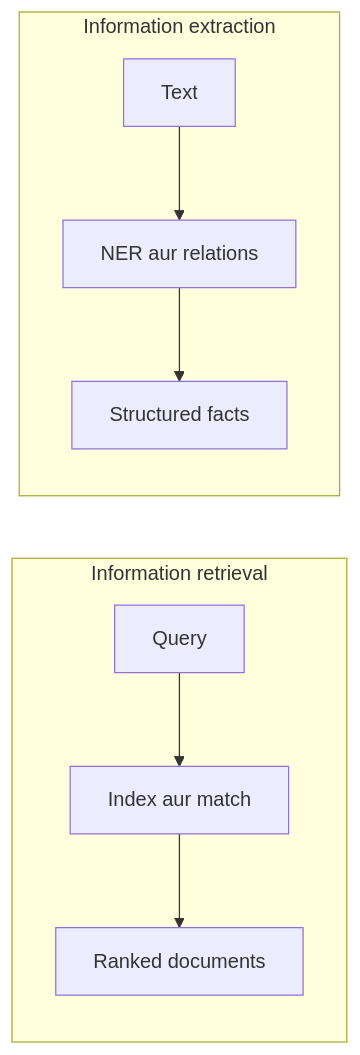
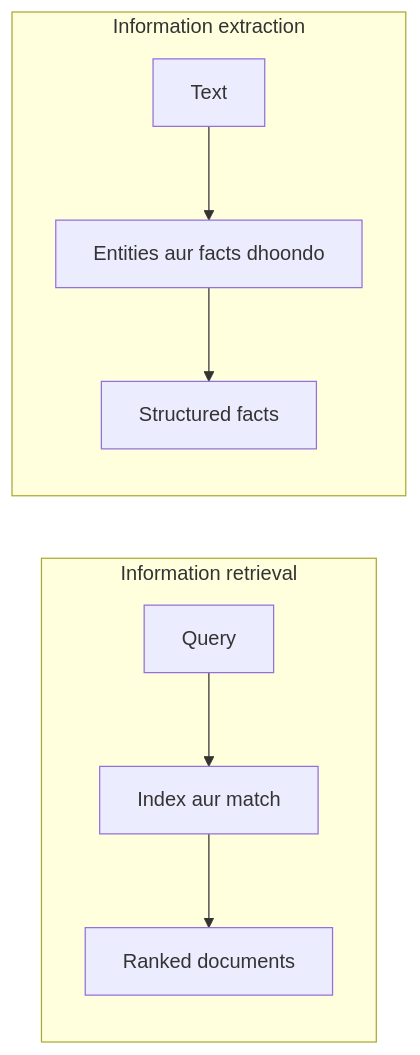
One commit to TrendySloth1001/sem-seven-notes changed the diagram in content/natural-language-processing/pyq/2023-05-ce/q6a.hi.mdx. Above: the diagram before and after it, drawn with Mermaid. The commit also changed other lines of this file and 406 other files, not shown here.

````diff
--- a/content/natural-language-processing/pyq/2023-05-ce/q6a.hi.mdx
+++ b/content/natural-language-processing/pyq/2023-05-ce/q6a.hi.mdx
@@ -11,10 +11,10 @@
 ```mermaid
-%% caption: IR documents return karta hai; IE text se nikaale hue structured facts return karta hai.
+%% caption: IR documents deta hai; IE facts deta hai.
 flowchart LR
-  subgraph IR["Information retrieval"]
-    Q["Query"] --> X["Index aur match"] --> R["Ranked documents"]
+  subgraph R["Information retrieval"]
+    Q["Query"] --> I["Index aur match"] --> D["Ranked documents"]
   end
-  subgraph IE["Information extraction"]
-    T["Text"] --> N["NER aur relations"] --> F["Structured facts"]
+  subgraph E["Information extraction"]
+    T["Text"] --> N["Entities aur facts dhoondo"] --> F["Structured facts"]
   end
 ```
````
